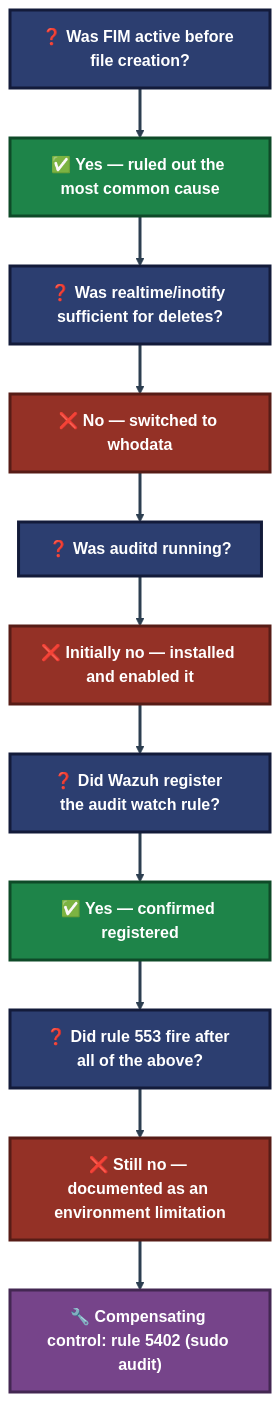
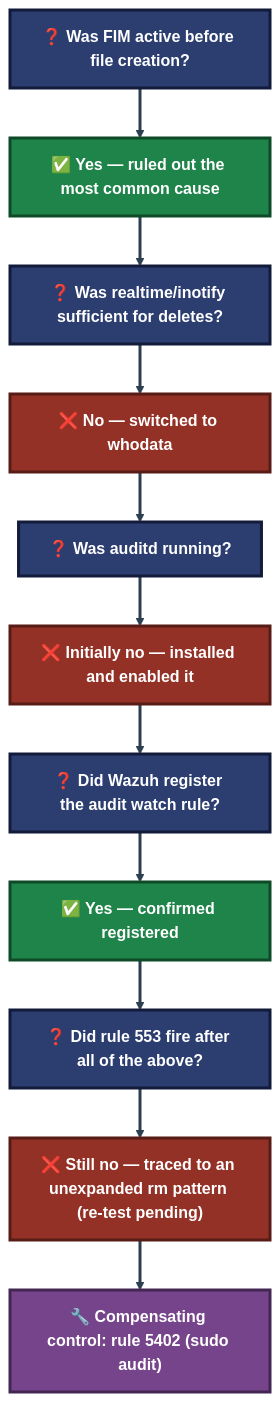
Before and after one commit to malaika-azhar/Cybersecurity-Lab-Projects: the fourth of 4 diagrams in 3-Advanced-Cyber-Projects/project-13-soc-redvsblue-capstone/README.md, drawn with Mermaid. The commit also changed other lines of this file, not shown here.

````diff
--- a/3-Advanced-Cyber-Projects/project-13-soc-redvsblue-capstone/README.md
+++ b/3-Advanced-Cyber-Projects/project-13-soc-redvsblue-capstone/README.md
@@ -331,23 +347,23 @@
 ```mermaid
 flowchart TB
     Q1["❓ Was FIM active before file creation?"]:::q
     A1["✅ Yes — ruled out the most common cause"]:::ok
     Q2["❓ Was realtime/inotify sufficient for deletes?"]:::q
     A2["❌ No — switched to whodata"]:::bad
     Q3["❓ Was auditd running?"]:::q
     A3["❌ Initially no — installed and enabled it"]:::bad
     Q4["❓ Did Wazuh register the audit watch rule?"]:::q
     A4["✅ Yes — confirmed registered"]:::ok
     Q5["❓ Did rule 553 fire after all of the above?"]:::q
-    A5["❌ Still no — documented as an environment limitation"]:::bad
+    A5["❌ Still no — traced to an unexpanded rm pattern (re-test pending)"]:::bad
     Comp["🔧 Compensating control: rule 5402 (sudo audit)"]:::fix
 
     Q1 --> A1 --> Q2 --> A2 --> Q3 --> A3 --> Q4 --> A4 --> Q5 --> A5 --> Comp
 
     classDef q fill:#2C3E70,stroke:#131B3A,stroke-width:3px,color:#FFFFFF,font-weight:bold
     classDef ok fill:#1E8449,stroke:#0E4A28,stroke-width:3px,color:#FFFFFF,font-weight:bold
     classDef bad fill:#943126,stroke:#571C16,stroke-width:3px,color:#FFFFFF,font-weight:bold
     classDef fix fill:#76448A,stroke:#432752,stroke-width:3px,color:#FFFFFF,font-weight:bold
 
     linkStyle default stroke:#2C3E50,stroke-width:3px
 ```
````
